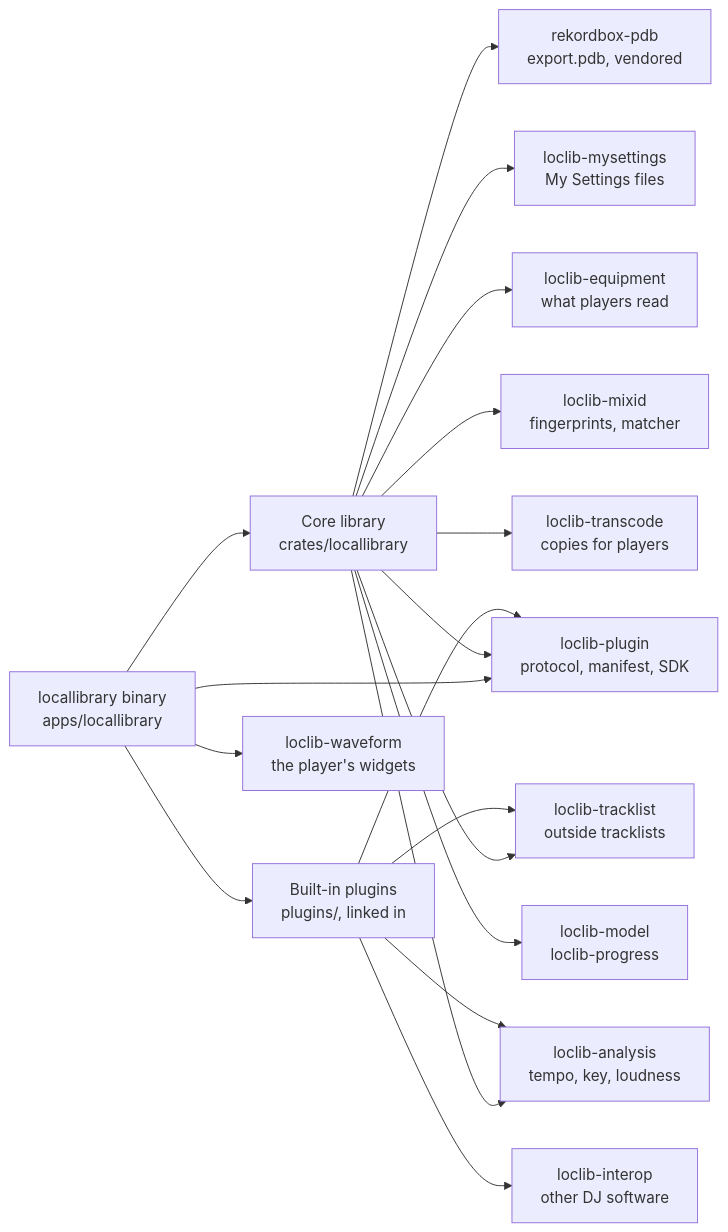
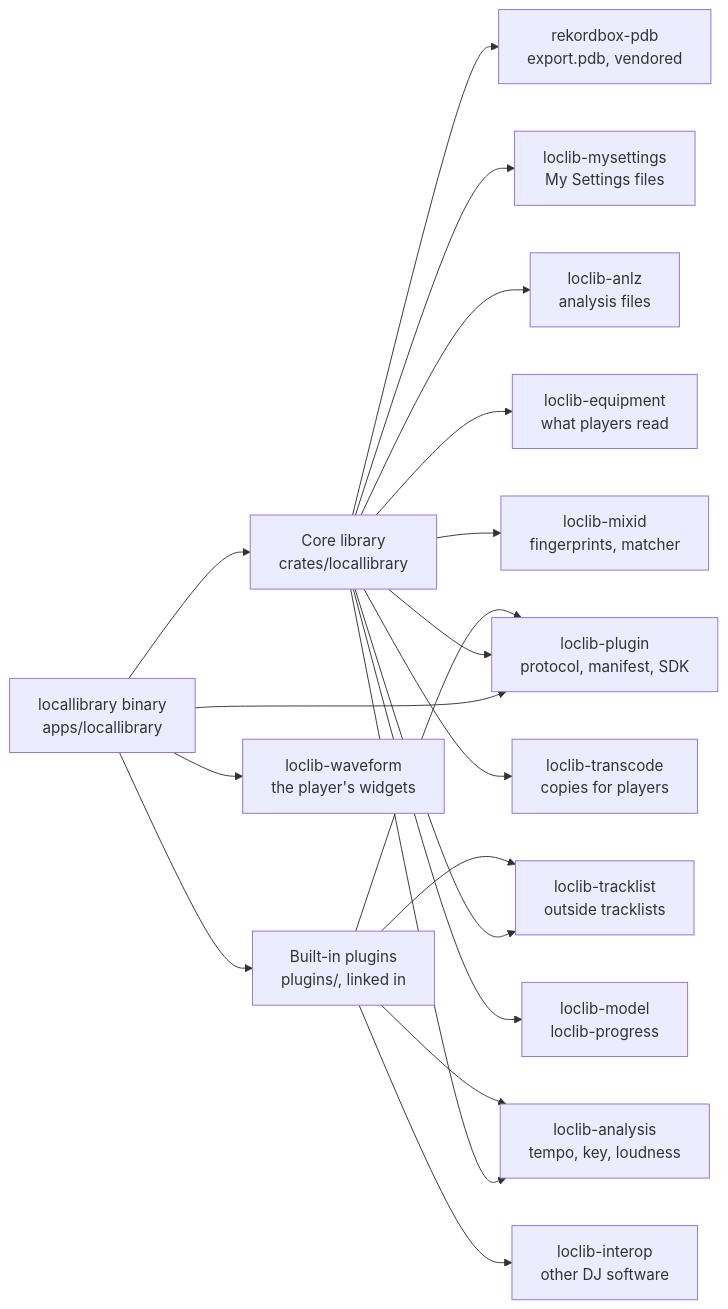
Before and after one commit to cutenode/localnetwork: the second of 11 diagrams in apps/locallibrary/README.md, drawn with Mermaid. The commit also changed other lines of this file and 40 other files, not shown here.

````diff
--- a/apps/locallibrary/README.md
+++ b/apps/locallibrary/README.md
@@ -277,20 +279,21 @@
 ```mermaid
 flowchart LR
     bin["locallibrary binary<br/>apps/locallibrary"] --> core["Core library<br/>crates/locallibrary"]
     bin --> plugins["Built-in plugins<br/>plugins/, linked in"]
     bin --> wave["loclib-waveform<br/>the player's widgets"]
     bin --> sdk["loclib-plugin<br/>protocol, manifest, SDK"]
     core --> sdk
     core --> pdb["rekordbox-pdb<br/>export.pdb, vendored"]
     core --> set["loclib-mysettings<br/>My Settings files"]
+    core --> anlz["loclib-anlz<br/>analysis files"]
     core --> equip["loclib-equipment<br/>what players read"]
     core --> track["loclib-tracklist<br/>outside tracklists"]
     core --> mixid["loclib-mixid<br/>fingerprints, matcher"]
     core --> sound["loclib-analysis<br/>tempo, key, loudness"]
     core --> trans["loclib-transcode<br/>copies for players"]
     core --> model["loclib-model<br/>loclib-progress"]
     plugins --> sdk
     plugins --> interop["loclib-interop<br/>other DJ software"]
     plugins --> sound
     plugins --> track
 ```
````
